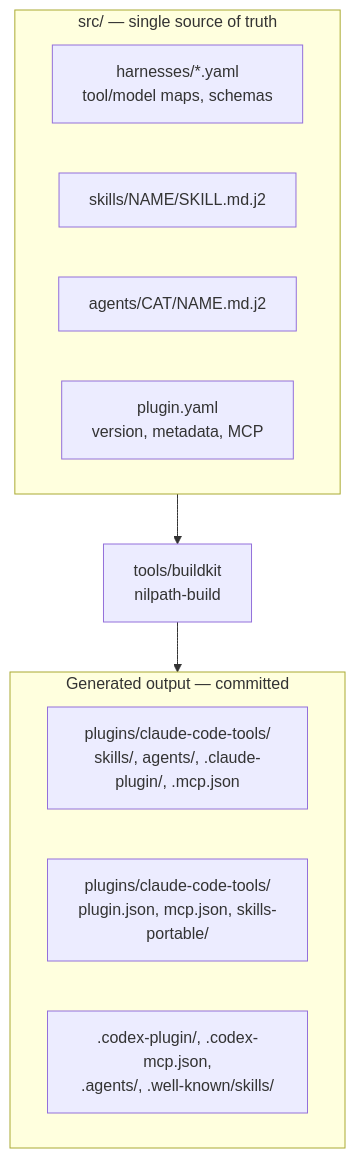
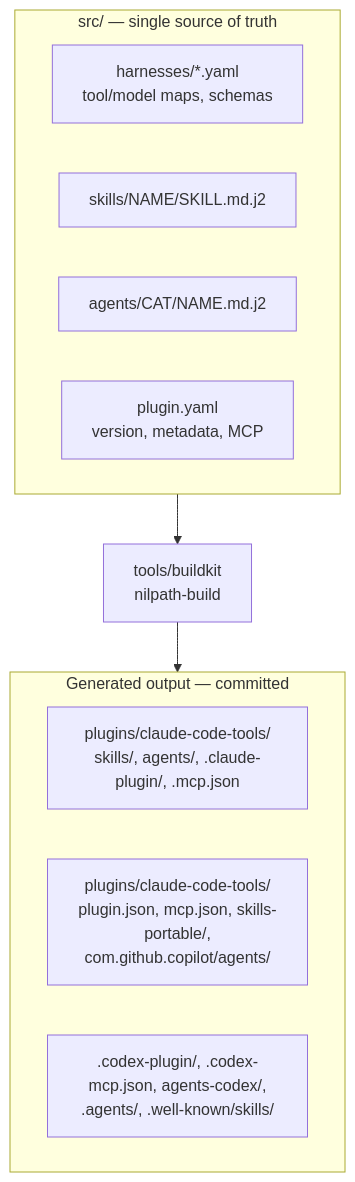
One commit to nilpath/nilpath-marketplace changed the diagram in CLAUDE.md. Above: the diagram before and after it, drawn with Mermaid. The commit also changed other lines of this file and 39 other files, not shown here.

First line of the commit message:
feat: ship all 12 agents to Copilot and Codex (v0.9.0)

````diff
--- a/CLAUDE.md
+++ b/CLAUDE.md
@@ -16,19 +16,19 @@
 ```mermaid
 flowchart TD
     subgraph SRC[src/ — single source of truth]
         HARNESS[harnesses/*.yaml<br/>tool/model maps, schemas]
         SKILLS[skills/NAME/SKILL.md.j2]
         AGENTS[agents/CAT/NAME.md.j2]
         META[plugin.yaml<br/>version, metadata, MCP]
     end
 
     BUILD[tools/buildkit<br/>nilpath-build]
 
     subgraph OUT[Generated output — committed]
         CLAUDE[plugins/claude-code-tools/<br/>skills/, agents/, .claude-plugin/, .mcp.json]
-        COPILOT[plugins/claude-code-tools/<br/>plugin.json, mcp.json, skills-portable/]
-        CODEX[.codex-plugin/, .codex-mcp.json,<br/>.agents/, .well-known/skills/]
+        COPILOT[plugins/claude-code-tools/<br/>plugin.json, mcp.json, skills-portable/,<br/>com.github.copilot/agents/]
+        CODEX[.codex-plugin/, .codex-mcp.json, agents-codex/,<br/>.agents/, .well-known/skills/]
     end
 
     SRC --> BUILD --> OUT
 ```
````
